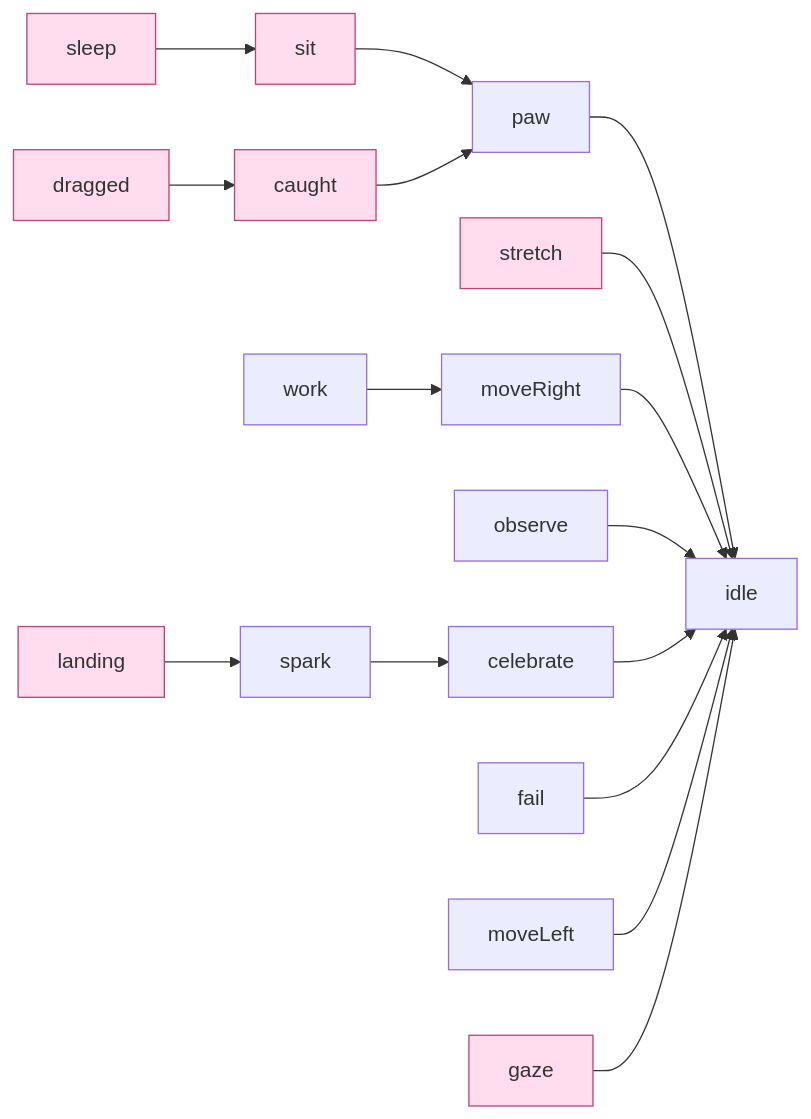
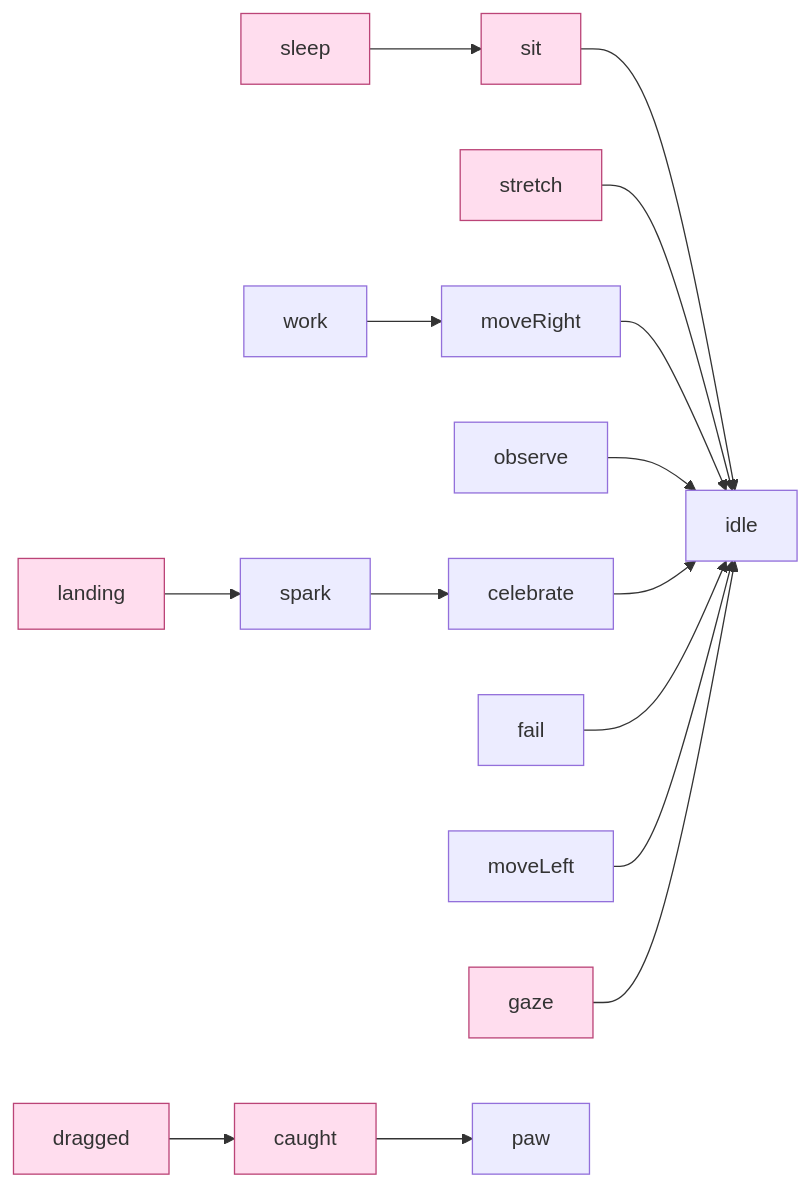
One commit to creatorKoo/Roamling changed the diagram in docs/pets.md. Above: the diagram before and after it, drawn with Mermaid. The commit also changed 6 other files, not shown here.

````diff
--- a/docs/pets.md
+++ b/docs/pets.md
@@ -102,18 +102,18 @@
 ```mermaid
 flowchart LR
-    sleep --> sit --> paw --> idle
+    sleep --> sit --> idle
     stretch --> idle
     work --> moveRight --> idle
     observe --> idle
     celebrate --> idle
     spark --> celebrate
     fail --> idle
     moveLeft --> idle
     gaze --> idle
     caught --> paw
     dragged --> caught
     landing --> spark
 
     classDef borrowed fill:#fde,stroke:#b47
     class sleep,sit,stretch,gaze,caught,dragged,landing borrowed
 ```
````
